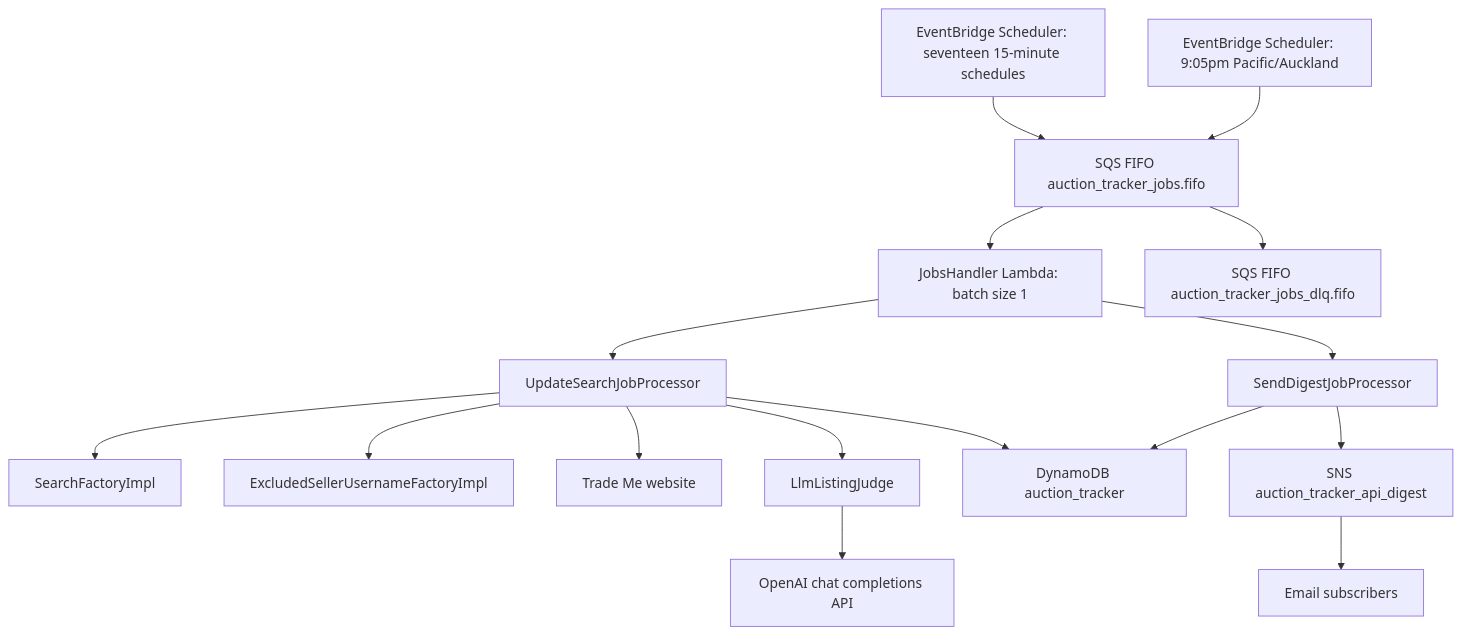
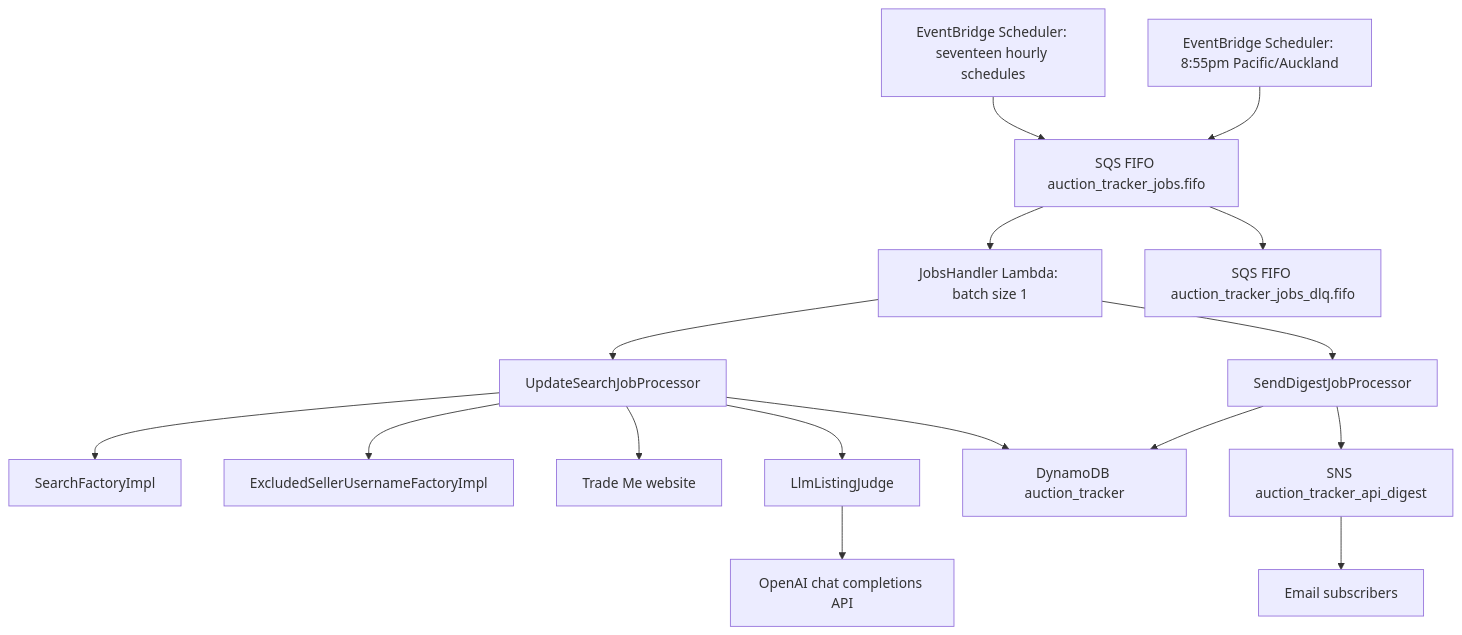
Before and after one commit to jordansimsmith/jordansimsmith-com: the first of 2 diagrams in auction_tracker_api/README.md, drawn with Mermaid. The commit also changed other lines of this file and 7 other files, not shown here.

Commit message:
Reduce auction tracker search costs

````diff
--- a/auction_tracker_api/README.md
+++ b/auction_tracker_api/README.md
@@ -59,18 +59,18 @@
 ```mermaid
 flowchart TD
-  updateSchedules[EventBridge Scheduler: seventeen 15-minute schedules] --> jobsQueue[SQS FIFO auction_tracker_jobs.fifo]
-  digestSchedule[EventBridge Scheduler: 9:05pm Pacific/Auckland] --> jobsQueue
+  updateSchedules[EventBridge Scheduler: seventeen hourly schedules] --> jobsQueue[SQS FIFO auction_tracker_jobs.fifo]
+  digestSchedule[EventBridge Scheduler: 8:55pm Pacific/Auckland] --> jobsQueue
   jobsQueue --> jobsHandler[JobsHandler Lambda: batch size 1]
   jobsHandler --> searchProcessor[UpdateSearchJobProcessor]
   jobsHandler --> digestProcessor[SendDigestJobProcessor]
   searchProcessor --> searchFactory[SearchFactoryImpl]
   searchProcessor --> excludedSellers[ExcludedSellerUsernameFactoryImpl]
   searchProcessor --> tradeMe[Trade Me website]
   searchProcessor --> listingJudge[LlmListingJudge]
   listingJudge --> openAi[OpenAI chat completions API]
   searchProcessor --> auctionTable[DynamoDB auction_tracker]
   digestProcessor --> auctionTable
   digestProcessor --> digestTopic[SNS auction_tracker_api_digest]
   digestTopic --> subscribers[Email subscribers]
   jobsQueue --> jobsDlq[SQS FIFO auction_tracker_jobs_dlq.fifo]
 ```
````
